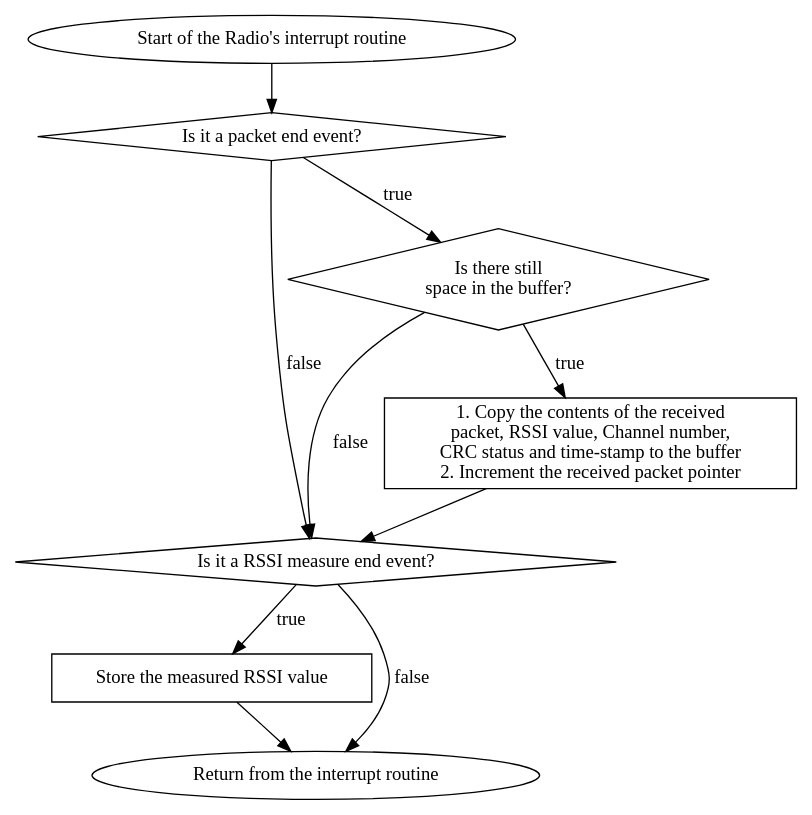
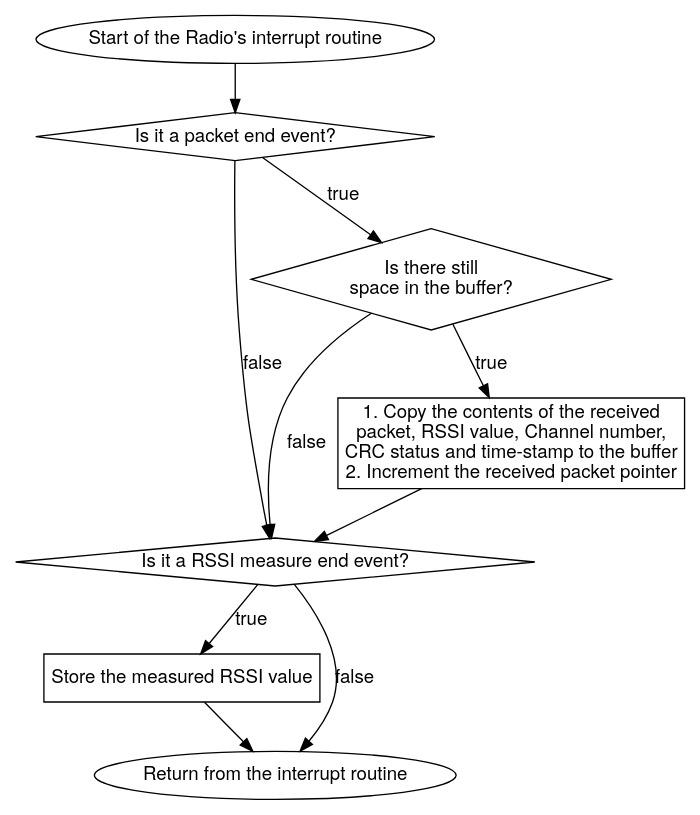
Before and after one commit to EarthLord/MasterThesisReport: the diagram in Images/RadioISR_chart.dot, drawn with Graphviz. The commit also changed 48 other files, not shown here.

```diff
--- a/Images/RadioISR_chart.dot
+++ b/Images/RadioISR_chart.dot
@@ -1,19 +1,19 @@
 digraph radio_isr{
- start [shape=oval, label="Start of the Radio's interrupt routine"]
- is_end [shape=diamond, label="Is it a packet end event?"]
- is_rssiend [shape=diamond, label="Is it a RSSI measure end event?"]
- check_ptr [shape=diamond, label="Is there still\nspace in the buffer?"]
+ start [shape=oval, label="Start of the Radio's interrupt routine",fontname = "Helvetica Neue"]
+ is_end [shape=diamond, label="Is it a packet end event?",fontname = "Helvetica Neue"]
+ is_rssiend [shape=diamond, label="Is it a RSSI measure end event?",fontname = "Helvetica Neue"]
+ check_ptr [shape=diamond, label="Is there still\nspace in the buffer?",fontname = "Helvetica Neue"]
  collect [shape = box, label="1. Copy the contents of the received\npacket, RSSI value, Channel number,\nCRC status and time-stamp to the buffer
-2. Increment the received packet pointer"]
- rssi [shape = box, label="Store the measured RSSI value"]
- return [shape = oval, label="Return from the interrupt routine"]
+2. Increment the received packet pointer",fontname = "Helvetica Neue"]
+ rssi [shape = box, label="Store the measured RSSI value",fontname = "Helvetica Neue"]
+ return [shape = oval, label="Return from the interrupt routine",fontname = "Helvetica Neue"]
  start -> is_end;
- is_end -> check_ptr [label ="true"];
- check_ptr -> collect [label ="true"]
- check_ptr -> is_rssiend [label ="false"];
- is_end -> is_rssiend [label ="false"];
- is_rssiend -> rssi [label ="true"];
- is_rssiend -> return [label="false"];
+ is_end -> check_ptr [label ="true",fontname = "Helvetica Neue"];
+ check_ptr -> collect [label ="true",fontname = "Helvetica Neue"]
+ check_ptr -> is_rssiend [label ="false",fontname = "Helvetica Neue"];
+ is_end -> is_rssiend [label ="false",fontname = "Helvetica Neue"];
+ is_rssiend -> rssi [label ="true",fontname = "Helvetica Neue"];
+ is_rssiend -> return [label="false",fontname = "Helvetica Neue"];
  collect -> is_rssiend;
  rssi -> return;
 }
```
